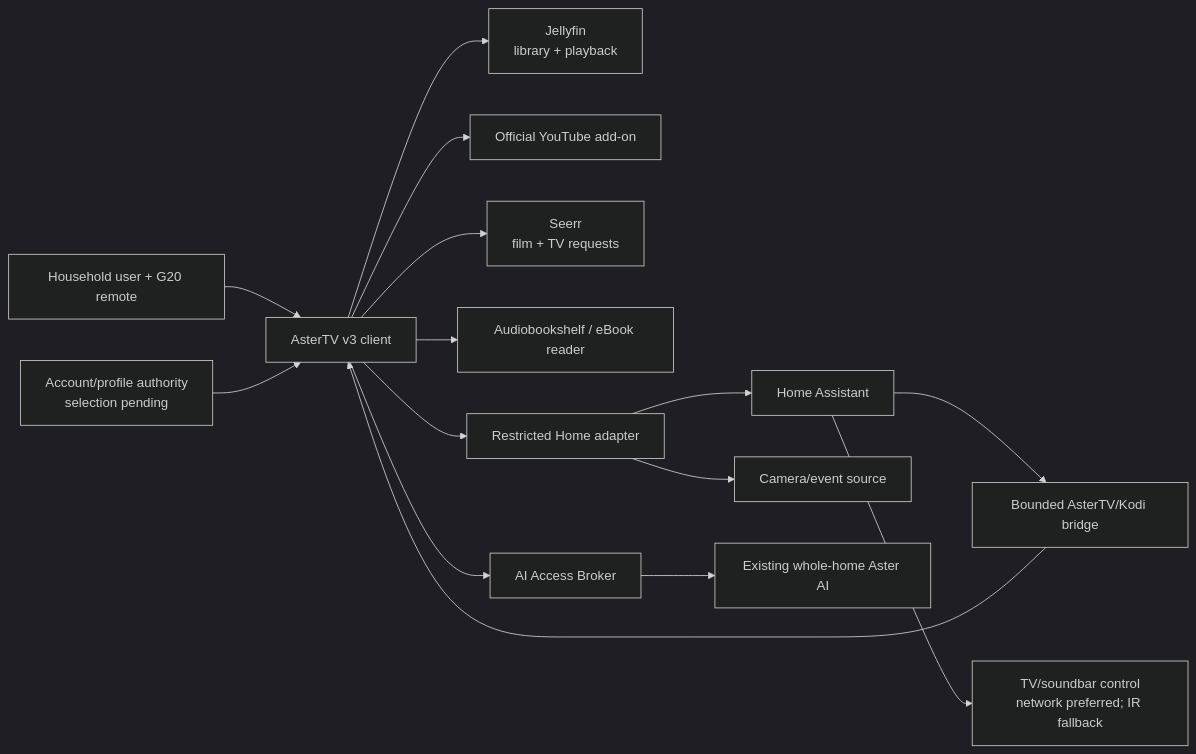
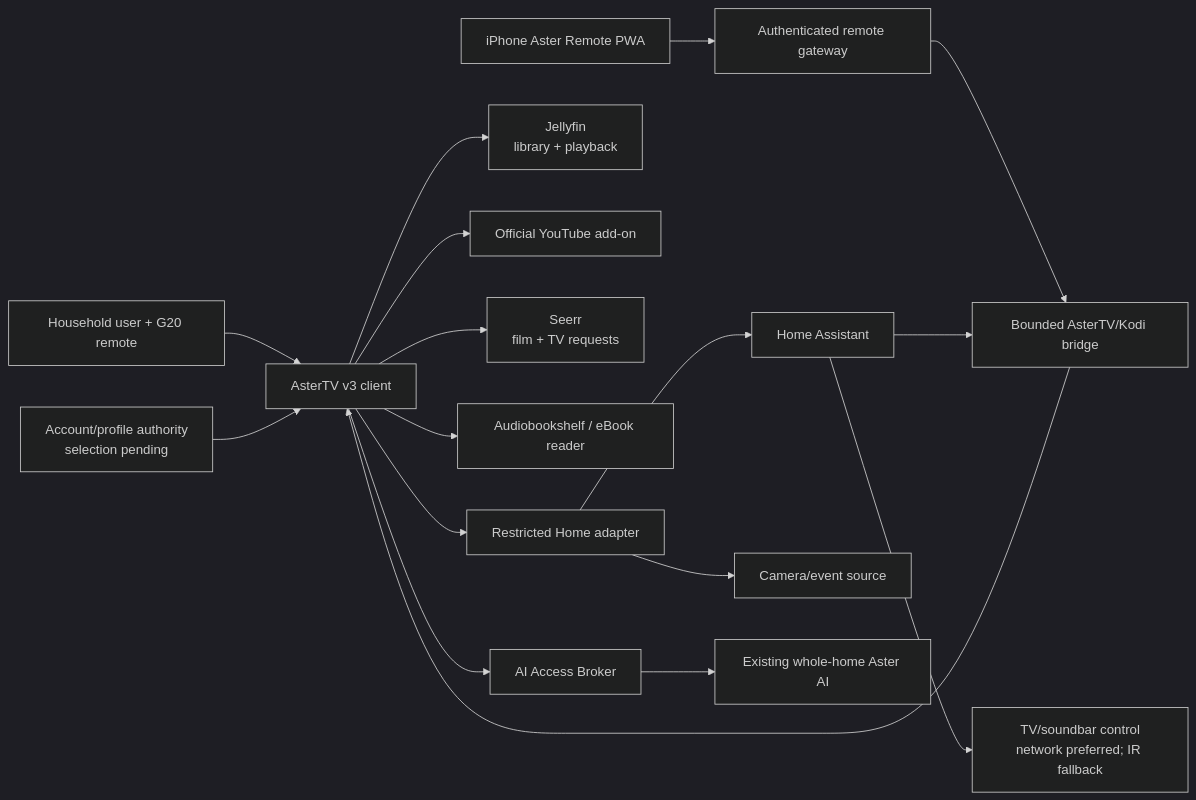
The diagram in docs/projects/AsterTV-v3.md (elliottrook/HomeLab), drawn with Mermaid (dark theme) before and after one commit. The commit also changed other lines of this file and 1 other file, not shown here.

Commit message:
docs(astertv): plan volume automation and remote PWA

````diff
--- a/docs/projects/AsterTV-v3.md
+++ b/docs/projects/AsterTV-v3.md
@@ -169,17 +186,19 @@
 ```mermaid
 flowchart LR
     U["Household user + G20 remote"] --> TV["AsterTV v3 client"]
+    P["iPhone Aster Remote PWA"] --> RB["Authenticated remote gateway"]
+    RB --> KB
     ID["Account/profile authority\nselection pending"] --> TV
     TV --> J["Jellyfin\nlibrary + playback"]
     TV --> Y["Official YouTube add-on"]
     TV --> S["Seerr\nfilm + TV requests"]
     TV --> B["Audiobookshelf / eBook reader"]
     TV --> H["Restricted Home adapter"]
     H --> HA["Home Assistant"]
     H --> C["Camera/event source"]
     HA --> KB["Bounded AsterTV/Kodi bridge"]
     KB --> TV
     HA --> AV["TV/soundbar control\nnetwork preferred; IR fallback"]
     TV --> AB["AI Access Broker"]
     AB --> A["Existing whole-home Aster AI"]
 ```
````
